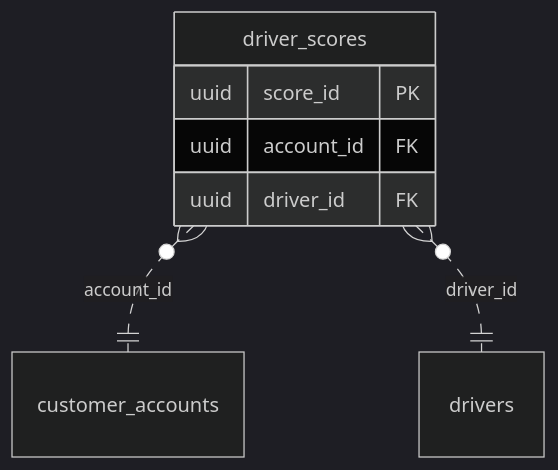
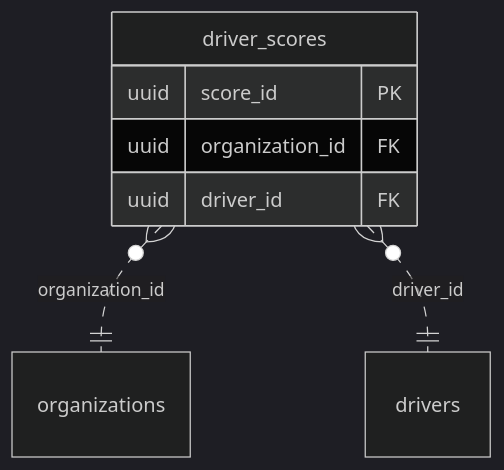
One commit to yolo-coccoc/G3Network-app changed the diagram in docs/01-requirements/domain-model/domains/scoring.md. Above: the diagram before and after it, drawn with Mermaid (dark theme). The commit also changed other lines of this file and 20 other files, not shown here.

````diff
--- a/docs/01-requirements/domain-model/domains/scoring.md
+++ b/docs/01-requirements/domain-model/domains/scoring.md
@@ -15,10 +15,10 @@
 ```mermaid
 erDiagram
   driver_scores {
     uuid score_id PK
-    uuid account_id FK
+    uuid organization_id FK
     uuid driver_id FK
   }
-  driver_scores }o..|| customer_accounts : "account_id"
+  driver_scores }o..|| organizations : "organization_id"
   driver_scores }o..|| drivers : "driver_id"
 ```
````
